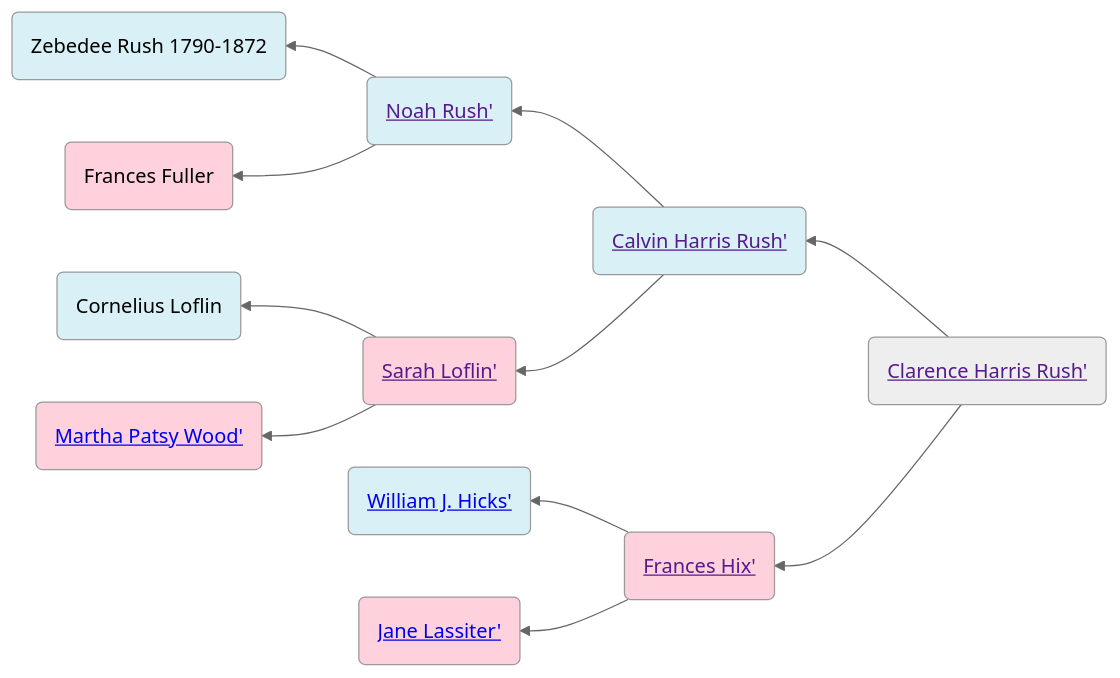
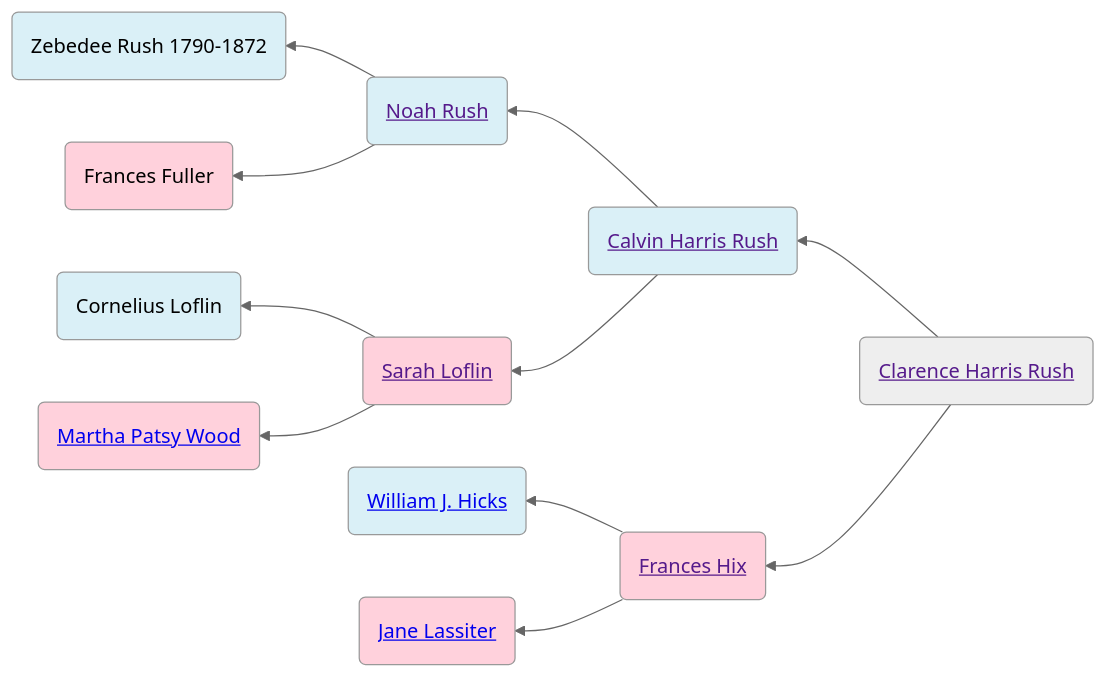
One commit to neelsmith/avocational changed the diagram in familyhistory/sources/people/Rush-line/Clarence_Harris_Rush.qmd. Above: the diagram before and after it, drawn with Mermaid (neutral theme). The commit also changed 96 other files, not shown here.

````diff
--- a/familyhistory/sources/people/Rush-line/Clarence_Harris_Rush.qmd
+++ b/familyhistory/sources/people/Rush-line/Clarence_Harris_Rush.qmd
@@ -19,28 +19,28 @@
 ```{mermaid}
 graph RL
 %% RL ancestor diagram
-Clarence_Harris_Rush(<a href=''>Clarence Harris Rush'</>) -->  Calvin_Harris_Rush(<a href='./Calvin_Harris_Rush.html'>Calvin Harris Rush'</>)
-Calvin_Harris_Rush(<a href=''>Calvin Harris Rush'</>) -->  Noah_Rush(<a href='./Noah_Rush.html'>Noah Rush'</>)
-Noah_Rush(<a href=''>Noah Rush'</>) -->  Zebedee_Rush_1790-1872(Zebedee Rush 1790-1872)
+Clarence_Harris_Rush(<a href=''>Clarence Harris Rush</a>) -->  Calvin_Harris_Rush(<a href='./Calvin_Harris_Rush.html'>Calvin Harris Rush</a>)
+Calvin_Harris_Rush(<a href=''>Calvin Harris Rush</a>) -->  Noah_Rush(<a href='./Noah_Rush.html'>Noah Rush</a>)
+Noah_Rush(<a href=''>Noah Rush</a>) -->  Zebedee_Rush_1790-1872(Zebedee Rush 1790-1872)
 class Zebedee_Rush_1790-1872 father
-Noah_Rush(<a href=''>Noah Rush'</>)  --> Frances_Fuller(Frances Fuller)
+Noah_Rush(<a href=''>Noah Rush</a>)  --> Frances_Fuller(Frances Fuller)
 class Frances_Fuller mother
 class Noah_Rush father
-Calvin_Harris_Rush(<a href=''>Calvin Harris Rush'</>)  --> Sarah_Loflin(<a href='./../Randolph_county_lines/Loflin/Sarah_Loflin.html'>Sarah Loflin'</>)
-Sarah_Loflin(<a href=''>Sarah Loflin'</>) -->  Cornelius_Loflin(Cornelius Loflin)
+Calvin_Harris_Rush(<a href=''>Calvin Harris Rush</a>)  --> Sarah_Loflin(<a href='./../Randolph_county_lines/Loflin/Sarah_Loflin.html'>Sarah Loflin</a>)
+Sarah_Loflin(<a href=''>Sarah Loflin</a>) -->  Cornelius_Loflin(Cornelius Loflin)
 class Cornelius_Loflin father
-Sarah_Loflin(<a href=''>Sarah Loflin'</>)  --> Martha_Patsy_Wood(<a href='./../Martha_Patsy_Wood.html'>Martha Patsy Wood'</>)
+Sarah_Loflin(<a href=''>Sarah Loflin</a>)  --> Martha_Patsy_Wood(<a href='./../Martha_Patsy_Wood.html'>Martha Patsy Wood</a>)
 class Martha_Patsy_Wood mother
 class Sarah_Loflin mother
 class Calvin_Harris_Rush father
-Clarence_Harris_Rush(<a href=''>Clarence Harris Rush'</>)  --> Frances_Hix(<a href='./../Randolph_county_lines/Hicks/Frances_Hix.html'>Frances Hix'</>)
-Frances_Hix(<a href=''>Frances Hix'</>) -->  William_J._Hicks(<a href='./William_J._Hicks.html'>William J. Hicks'</>)
+Clarence_Harris_Rush(<a href=''>Clarence Harris Rush</a>)  --> Frances_Hix(<a href='./../Randolph_county_lines/Hicks/Frances_Hix.html'>Frances Hix</a>)
+Frances_Hix(<a href=''>Frances Hix</a>) -->  William_J._Hicks(<a href='./William_J._Hicks.html'>William J. Hicks</a>)
 class William_J._Hicks father
-Frances_Hix(<a href=''>Frances Hix'</>)  --> Jane_Lassiter(<a href='./../Lassiter/Jane_Lassiter.html'>Jane Lassiter'</>)
+Frances_Hix(<a href=''>Frances Hix</a>)  --> Jane_Lassiter(<a href='./../Lassiter/Jane_Lassiter.html'>Jane Lassiter</a>)
 class Jane_Lassiter mother
 class Frances_Hix mother
 classDef mother fill:#ffd1dc
 classDef father fill:#daf0f7  
 classDef marriage fill:#ffffff
 
 ```
````
